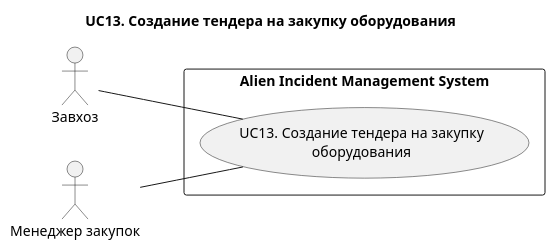
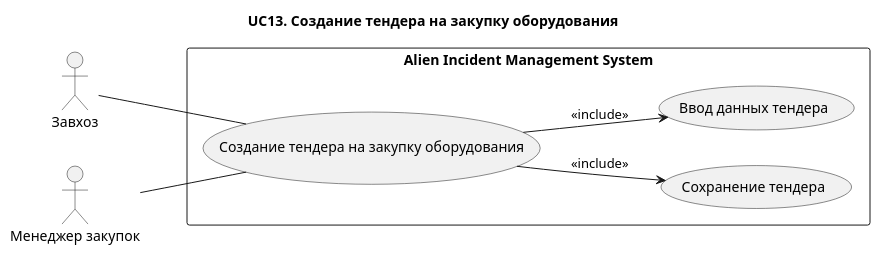
The diagram in docs/use-case/UC13.md (Andryss/AIMS), drawn with PlantUML before and after one commit. The commit also changed other lines of this file and 23 other files, not shown here.

Commit message:
docs: refine use-case diagrams and centralize rendering commands

````diff
--- a/docs/use-case/UC13.md
+++ b/docs/use-case/UC13.md
@@ -3,17 +5,25 @@
 ```plantuml
 @startuml
 title UC13. Создание тендера на закупку оборудования
 left to right direction
 
 actor "Завхоз" as Storekeeper
 actor "Менеджер закупок" as Procurement
 
 rectangle "Alien Incident Management System" {
-  usecase "UC13. Создание тендера на закупку\nоборудования" as UC13
+
+(Создание тендера на закупку оборудования) as UC11
+
+(Сохранение тендера) as UC114
+(Ввод данных тендера) as UC111
+
 }
 
-Storekeeper -- UC13
-Procurement -- UC13
+Storekeeper -- UC11
+Procurement -- UC11
+
+UC11 --> UC111 : <<include>>
+UC11 --> UC114 : <<include>>
 
 @enduml
 ```
````
